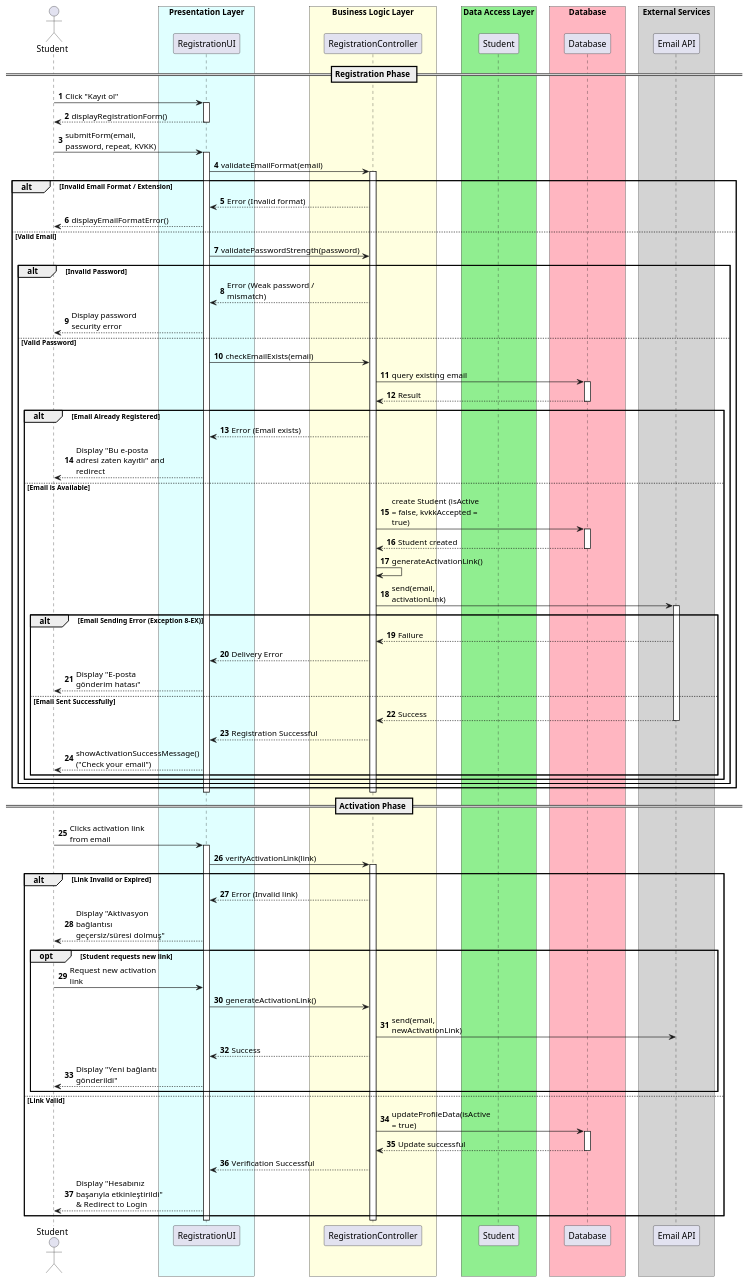
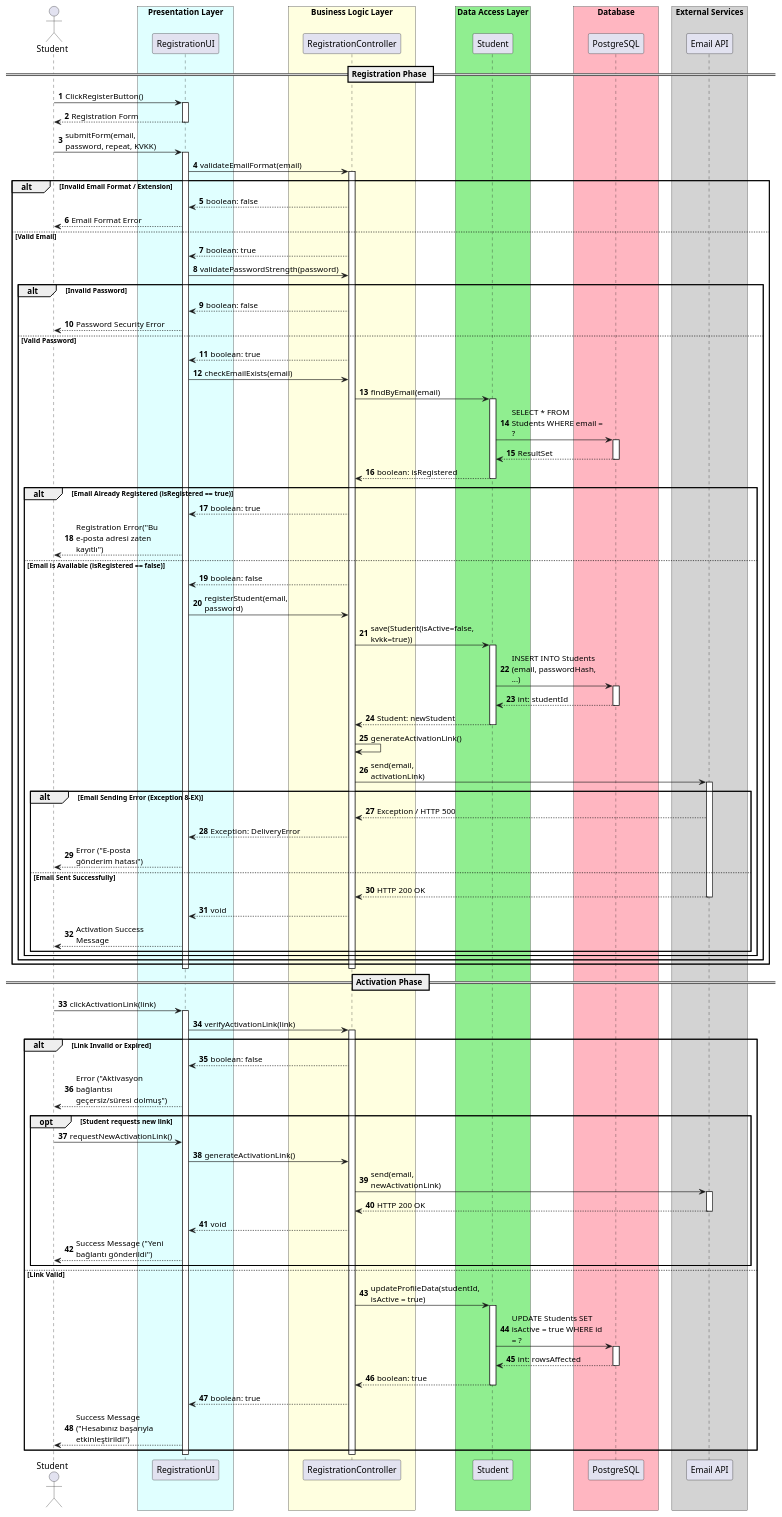
One commit to UTMS-G02/utms changed the diagram in docs/uml/uc-1.puml. Above: the diagram before and after it, drawn with PlantUML. The commit also changed 1 other file, not shown here.

```diff
--- a/docs/uml/uc-1.puml
+++ b/docs/uml/uc-1.puml
@@ -1,117 +1,146 @@
 @startuml uc-1
 autonumber
 skinparam maxMessageSize 150
 skinparam ParticipantPadding 20
 skinparam BoxPadding 10
 
 actor Student
 box "Presentation Layer" #LightCyan
 participant "RegistrationUI" as UI
 end box
 
 box "Business Logic Layer" #LightYellow
 participant "RegistrationController" as Controller
 end box
 
 box "Data Access Layer" #LightGreen
 participant "Student" as DataAccess
 end box
 
 box "Database" #LightPink
-participant "Database" as DB
+participant "PostgreSQL" as DB
 end box
 
 box "External Services" #LightGray
 participant "Email API" as Email
 end box
 
 == Registration Phase ==
 
-Student -> UI: Click "Kayıt ol"
+Student -> UI: ClickRegisterButton()
 activate UI
-UI --> Student: displayRegistrationForm()
+UI --> Student: Registration Form
 deactivate UI
 
 Student -> UI: submitForm(email, password, repeat, KVKK)
 activate UI
 
 UI -> Controller: validateEmailFormat(email)
 activate Controller
 alt Invalid Email Format / Extension
-    Controller --> UI: Error (Invalid format)
-    UI --> Student: displayEmailFormatError()
+    Controller --> UI: boolean: false
+    UI --> Student: Email Format Error
 else Valid Email
+    Controller --> UI: boolean: true
     UI -> Controller: validatePasswordStrength(password)
+    
     alt Invalid Password
-        Controller --> UI: Error (Weak password / mismatch)
-        UI --> Student: Display password security error
+        Controller --> UI: boolean: false
+        UI --> Student: Password Security Error
     else Valid Password
+        Controller --> UI: boolean: true
+        
         UI -> Controller: checkEmailExists(email)
-        Controller -> DB: query existing email
+        Controller -> DataAccess: findByEmail(email)
+        activate DataAccess
+        
+        DataAccess -> DB: SELECT * FROM Students WHERE email = ?
         activate DB
-        DB --> Controller: Result
+        DB --> DataAccess: ResultSet
         deactivate DB
         
-        alt Email Already Registered
-            Controller --> UI: Error (Email exists)
-            UI --> Student: Display "Bu e-posta adresi zaten kayıtlı" and redirect
-        else Email is Available
-            Controller -> DB: create Student (isActive = false, kvkkAccepted = true)
+        DataAccess --> Controller: boolean: isRegistered
+        deactivate DataAccess
+        
+        alt Email Already Registered (isRegistered == true)
+            Controller --> UI: boolean: true
+            UI --> Student: Registration Error("Bu e-posta adresi zaten kayıtlı")
+        else Email is Available (isRegistered == false)
+            Controller --> UI: boolean: false
+            
+            UI -> Controller: registerStudent(email, password)
+            Controller -> DataAccess: save(Student(isActive=false, kvkk=true))
+            activate DataAccess
+            
+            DataAccess -> DB: INSERT INTO Students (email, passwordHash, ...)
             activate DB
-            DB --> Controller: Student created
+            DB --> DataAccess: int: studentId
             deactivate DB
             
+            DataAccess --> Controller: Student: newStudent
+            deactivate DataAccess
+            
             Controller -> Controller: generateActivationLink()
+            
             Controller -> Email: send(email, activationLink)
             activate Email
             
             alt Email Sending Error (Exception 8-EX)
-                Email --> Controller: Failure
-                Controller --> UI: Delivery Error
-                UI --> Student: Display "E-posta gönderim hatası"
+                Email --> Controller: Exception / HTTP 500
+                Controller --> UI: Exception: DeliveryError
+                UI --> Student: Error ("E-posta gönderim hatası")
             else Email Sent Successfully
-                Email --> Controller: Success
+                Email --> Controller: HTTP 200 OK
                 deactivate Email
-                Controller --> UI: Registration Successful
-                UI --> Student: showActivationSuccessMessage() ("Check your email")
+                Controller --> UI: void
+                UI --> Student: Activation Success Message
             end
         end
     end
 end
 deactivate Controller
 deactivate UI
 
 == Activation Phase ==
 
-Student -> UI: Clicks activation link from email
+Student -> UI: clickActivationLink(link)
 activate UI
 
 UI -> Controller: verifyActivationLink(link)
 activate Controller
 
 alt Link Invalid or Expired
-    Controller --> UI: Error (Invalid link)
-    UI --> Student: Display "Aktivasyon bağlantısı geçersiz/süresi dolmuş"
+    Controller --> UI: boolean: false
+    UI --> Student: Error ("Aktivasyon bağlantısı geçersiz/süresi dolmuş")
     
     opt Student requests new link
-        Student -> UI: Request new activation link
+        Student -> UI: requestNewActivationLink()
         UI -> Controller: generateActivationLink()
         Controller -> Email: send(email, newActivationLink)
-        Controller --> UI: Success
-        UI --> Student: Display "Yeni bağlantı gönderildi"
+        activate Email
+        Email --> Controller: HTTP 200 OK
+        deactivate Email
+        Controller --> UI: void
+        UI --> Student: Success Message ("Yeni bağlantı gönderildi")
     end
     
 else Link Valid
-    Controller -> DB: updateProfileData(isActive = true)
+    Controller -> DataAccess: updateProfileData(studentId, isActive = true)
+    activate DataAccess
+    
+    DataAccess -> DB: UPDATE Students SET isActive = true WHERE id = ?
     activate DB
-    DB --> Controller: Update successful
+    DB --> DataAccess: int: rowsAffected
     deactivate DB
     
-    Controller --> UI: Verification Successful
-    UI --> Student: Display "Hesabınız başarıyla etkinleştirildi" & Redirect to Login
+    DataAccess --> Controller: boolean: true
+    deactivate DataAccess
+    
+    Controller --> UI: boolean: true
+    UI --> Student: Success Message ("Hesabınız başarıyla etkinleştirildi")
 end
 
 deactivate Controller
 deactivate UI
 
 @enduml
```
